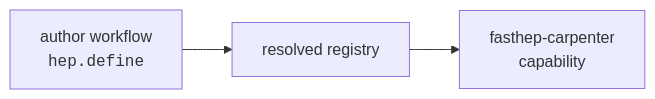
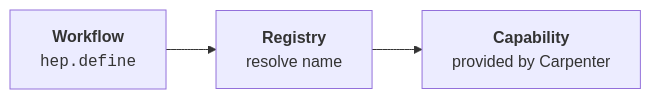
The first of 2 diagrams in docs/extending/registries-and-profiles.md (FAST-HEP/fasthep-flow), drawn with Mermaid before and after one commit. The commit also changed other lines of this file and 9 other files, not shown here.

````diff
--- a/docs/extending/registries-and-profiles.md
+++ b/docs/extending/registries-and-profiles.md
@@ -39,8 +39,8 @@
 ```{mermaid}
 flowchart LR
-    Author["author workflow<br/><code>hep.define</code>"]
-    Registry["resolved registry"]
-    Capability["fasthep-carpenter<br/>capability"]
+    Workflow["<b>Workflow</b><br/><code>hep.define</code>"]:::input
+    Registry["<b>Registry</b><br/>resolve name"]:::capability
+    Capability["<b>Capability</b><br/>provided by Carpenter"]:::transform
 
-    Author --> Registry --> Capability
+    Workflow --> Registry --> Capability
 ```
````
